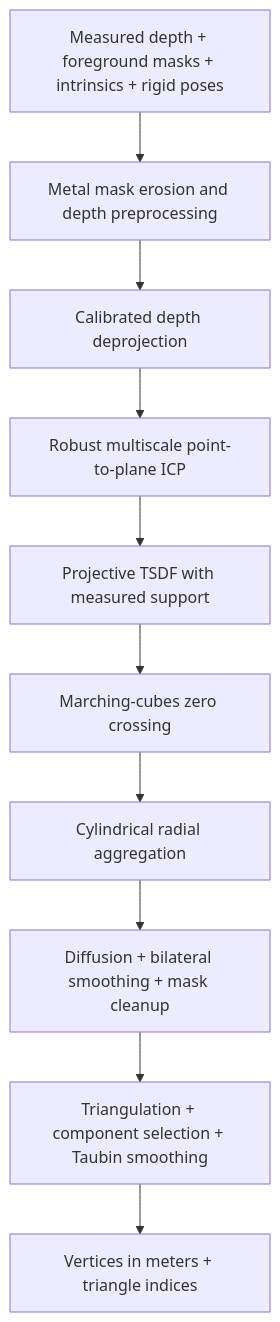
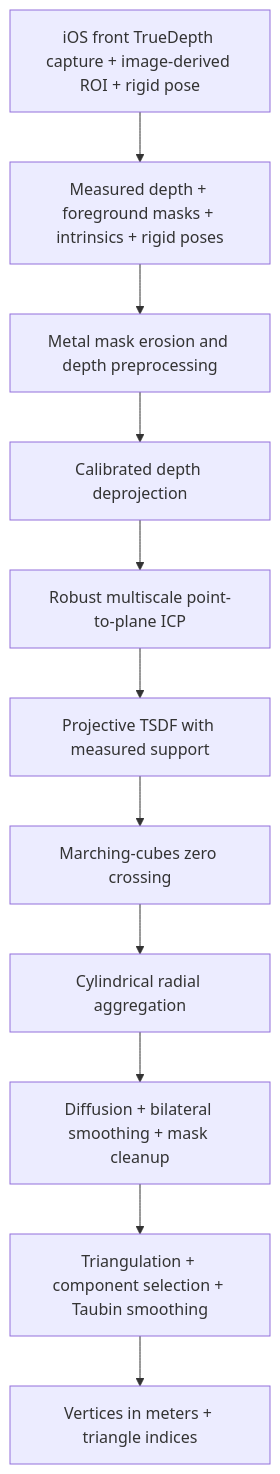
One commit to porarrirr/truemyface-reconstruction changed the diagram in README.md. Above: the diagram before and after it, drawn with Mermaid. The commit also changed other lines of this file and 14 other files, not shown here.

Commit message:
Add isolated TrueDepth camera capture and runnable iPhone sample

````diff
--- a/README.md
+++ b/README.md
@@ -47,12 +47,13 @@
 ```mermaid
 flowchart TD
-    A[Measured depth + foreground masks + intrinsics + rigid poses] --> B[Metal mask erosion and depth preprocessing]
+    S[iOS front TrueDepth capture + image-derived ROI + rigid pose] --> A[Measured depth + foreground masks + intrinsics + rigid poses]
+    A --> B[Metal mask erosion and depth preprocessing]
     B --> C[Calibrated depth deprojection]
     C --> D[Robust multiscale point-to-plane ICP]
     D --> E[Projective TSDF with measured support]
     E --> F[Marching-cubes zero crossing]
     F --> G[Cylindrical radial aggregation]
     G --> H[Diffusion + bilateral smoothing + mask cleanup]
     H --> I[Triangulation + component selection + Taubin smoothing]
     I --> J[Vertices in meters + triangle indices]
 ```
````
